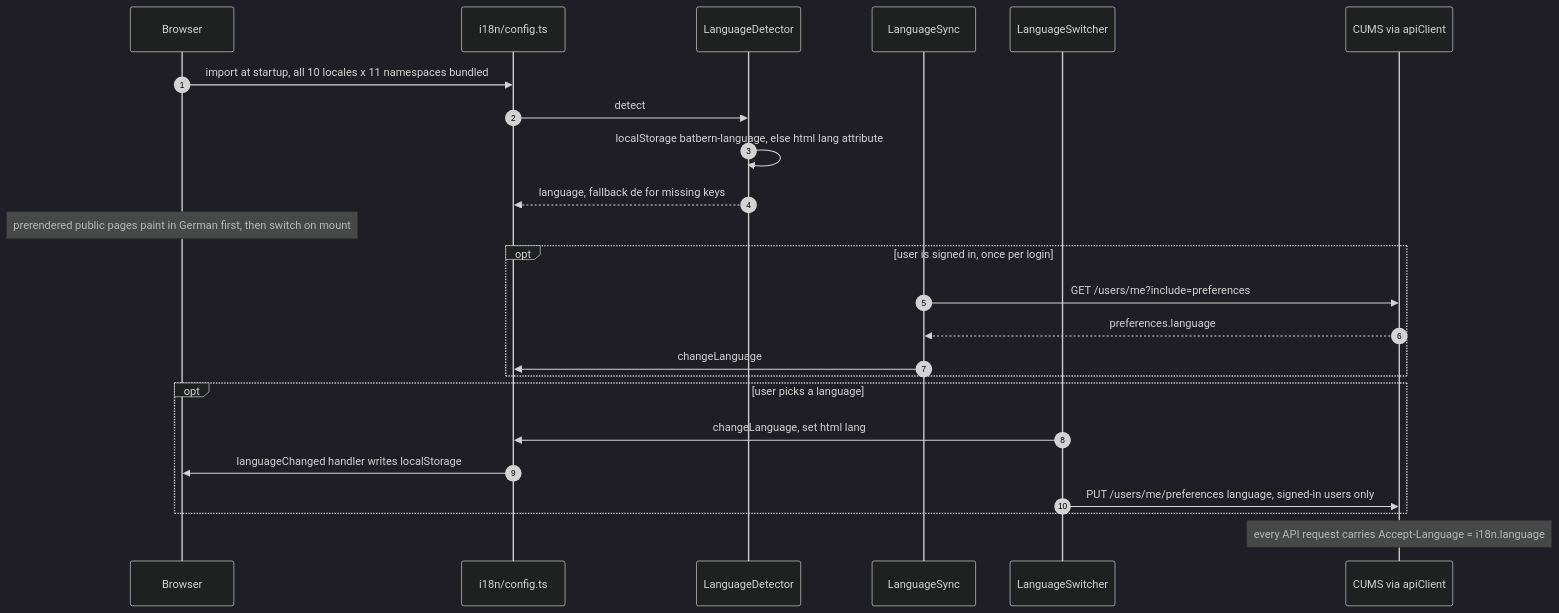
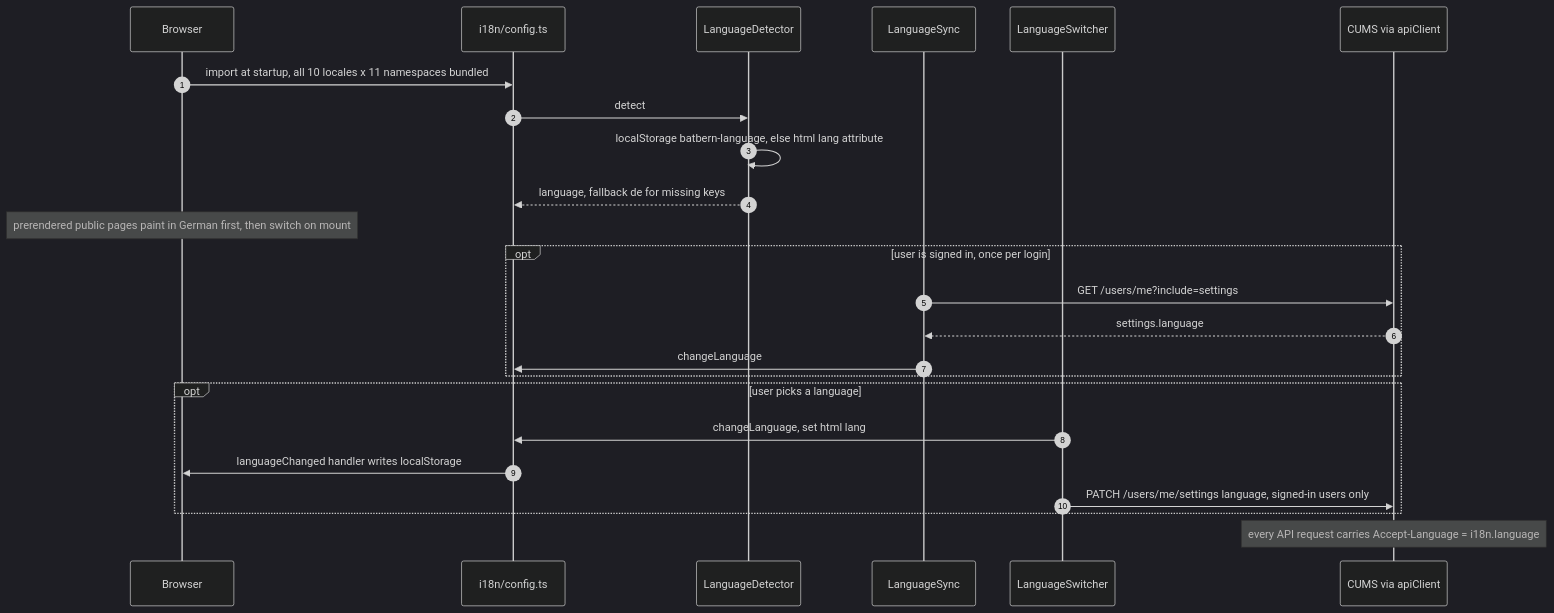
The sixth of 7 diagrams in docs/architecture/05-frontend-architecture.md (nissimbuchs/BATbern2), drawn with Mermaid (dark theme) before and after one commit. The commit also changed other lines of this file and 421 other files, not shown here.

````diff
--- a/docs/architecture/05-frontend-architecture.md
+++ b/docs/architecture/05-frontend-architecture.md
@@ -1653,26 +1653,26 @@
 ```mermaid
 sequenceDiagram
     autonumber
     participant B as Browser
     participant I as i18n/config.ts
     participant LD as LanguageDetector
     participant LS as LanguageSync
     participant SW as LanguageSwitcher
     participant API as CUMS via apiClient
     B->>I: import at startup, all 10 locales x 11 namespaces bundled
     I->>LD: detect
     LD->>LD: localStorage batbern-language, else html lang attribute
     LD-->>I: language, fallback de for missing keys
     Note over B: prerendered public pages paint in German first, then switch on mount
     opt user is signed in, once per login
-        LS->>API: GET /users/me?include=preferences
-        API-->>LS: preferences.language
+        LS->>API: GET /users/me?include=settings
+        API-->>LS: settings.language
         LS->>I: changeLanguage
     end
     opt user picks a language
         SW->>I: changeLanguage, set html lang
         I->>B: languageChanged handler writes localStorage
-        SW->>API: PUT /users/me/preferences language, signed-in users only
+        SW->>API: PATCH /users/me/settings language, signed-in users only
     end
     Note over API: every API request carries Accept-Language = i18n.language
 ```
````
